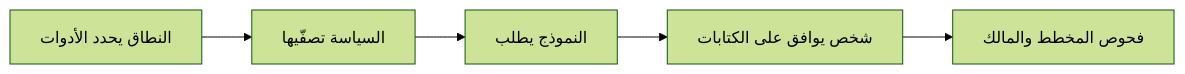
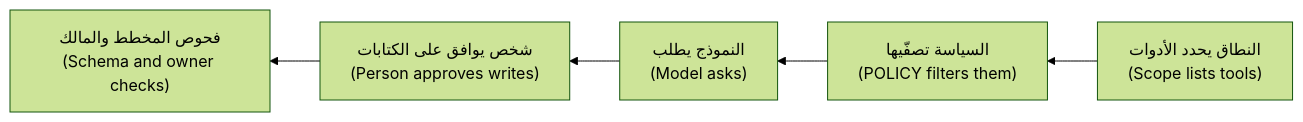
The second of 2 diagrams in aiapps/modules/10-mcp.ar.md (Tamoura/system-design-for-vibe-coders), drawn with Mermaid (forest theme) before and after one commit. The commit also changed other lines of this file and 17 other files, not shown here.

First line of the commit message:
AI applications & agents: Arabic edition complete (RTL diagrams, diagram glosses, translated 60-question exam)

````diff
--- a/aiapps/modules/10-mcp.ar.md
+++ b/aiapps/modules/10-mcp.ar.md
@@ -287,4 +287,4 @@
 ```mermaid
-flowchart LR
-    A["النطاق يحدد الأدوات"] --> B["السياسة تصفّيها"] --> C["النموذج يطلب"] --> D["شخص يوافق على الكتابات"] --> E["فحوص المخطط والمالك"]
+flowchart RL
+    A["النطاق يحدد الأدوات<br/>(Scope lists tools)"] --> B["السياسة تصفّيها<br/>(POLICY filters them)"] --> C["النموذج يطلب<br/>(Model asks)"] --> D["شخص يوافق على الكتابات<br/>(Person approves writes)"] --> E["فحوص المخطط والمالك<br/>(Schema and owner checks)"]
 ```
````
